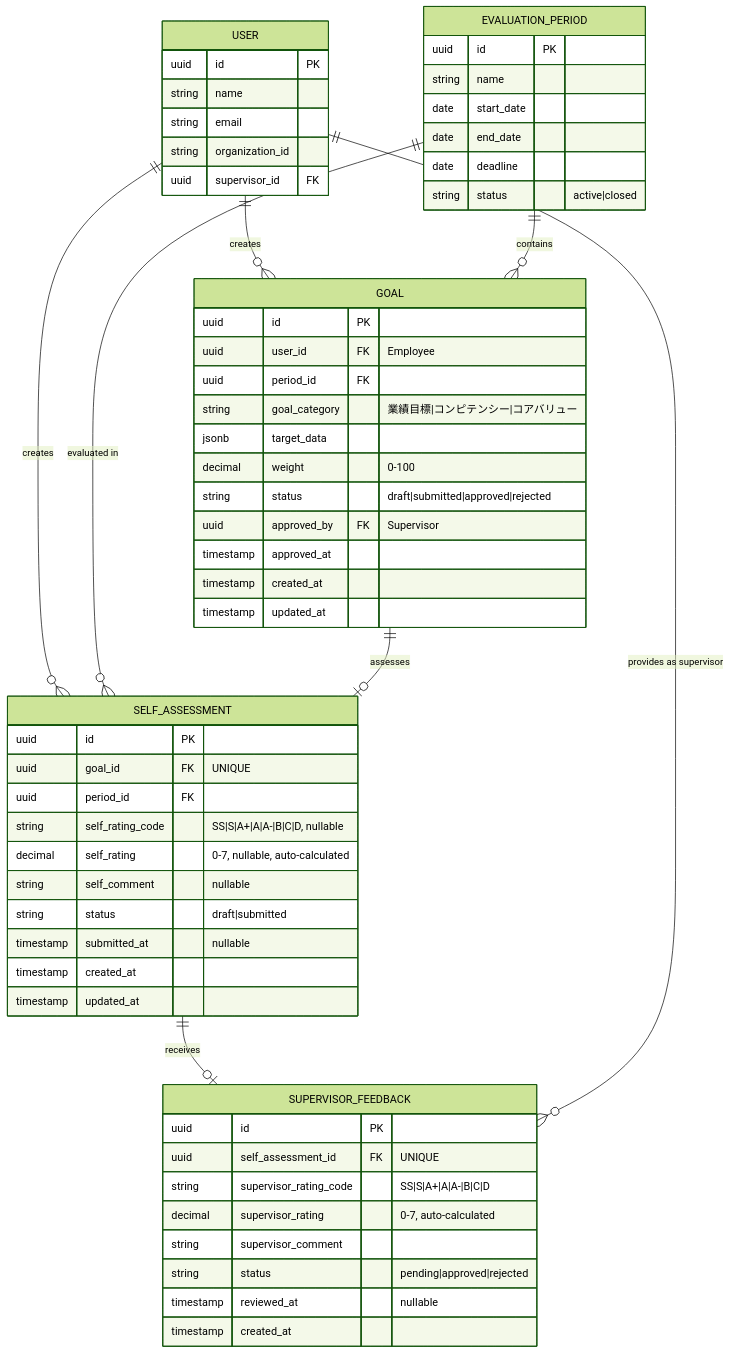
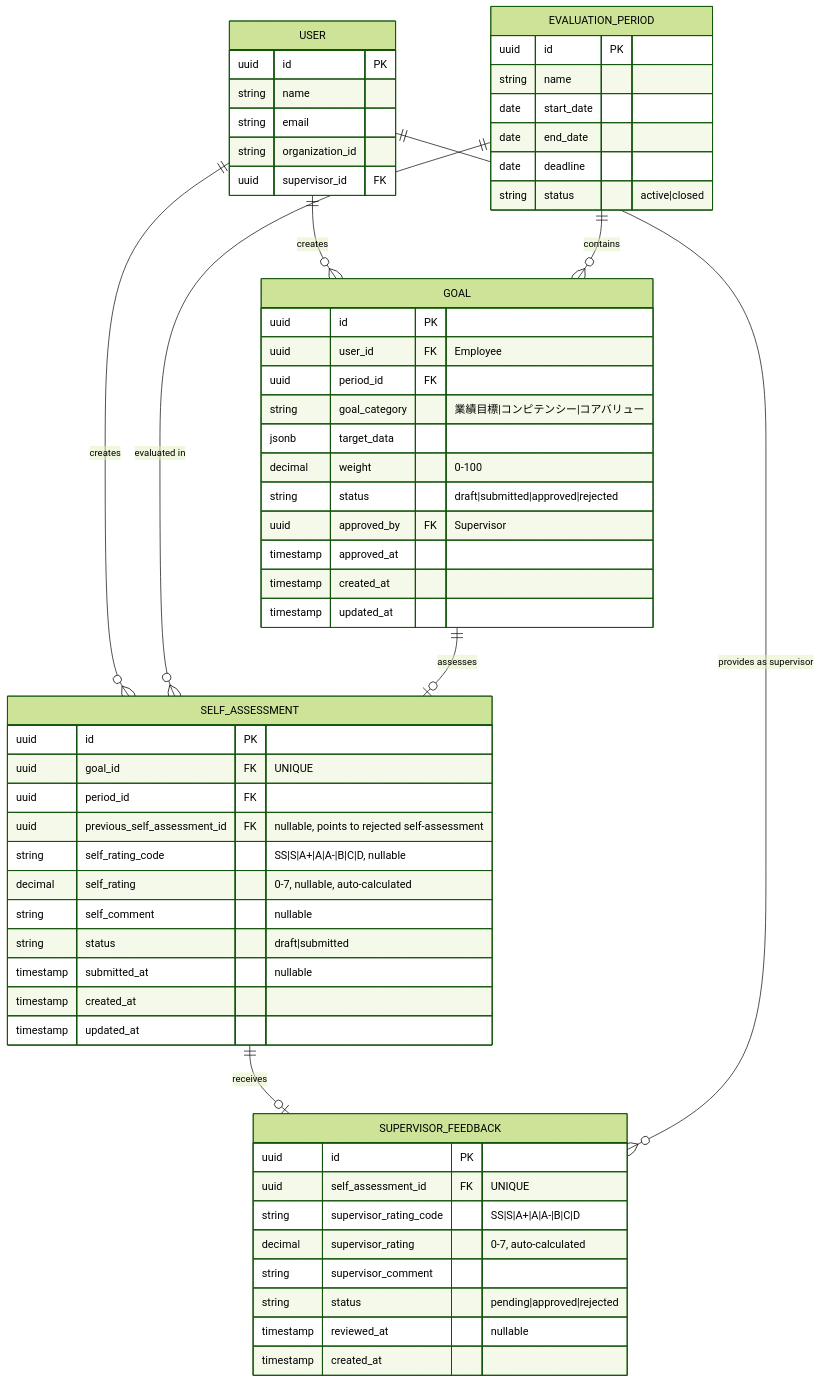
Before and after one commit to shintairiku/evaluation-system: the first of 3 diagrams in .kiro/specs/self-assessment/domain-model.md, drawn with Mermaid (forest theme). The commit also changed other lines of this file, not shown here.

Commit message:
docs(self-assessment): update domain model documentation

````diff
--- a/.kiro/specs/self-assessment/domain-model.md
+++ b/.kiro/specs/self-assessment/domain-model.md
@@ -167,65 +181,66 @@
 ```mermaid
 erDiagram
     USER ||--o{ GOAL : "creates"
     USER ||--o{ SELF_ASSESSMENT : "creates"
     EVALUATION_PERIOD ||--o{ GOAL : "contains"
     EVALUATION_PERIOD ||--o{ SELF_ASSESSMENT : "evaluated in"
     GOAL ||--o| SELF_ASSESSMENT : "assesses"
     SELF_ASSESSMENT ||--o| SUPERVISOR_FEEDBACK : "receives"
     USER ||--o{ SUPERVISOR_FEEDBACK : "provides as supervisor"
 
     USER {
         uuid id PK
         string name
         string email
         string organization_id
         uuid supervisor_id FK
     }
 
     GOAL {
         uuid id PK
         uuid user_id FK "Employee"
         uuid period_id FK
         string goal_category "業績目標|コンピテンシー|コアバリュー"
         jsonb target_data
         decimal weight "0-100"
         string status "draft|submitted|approved|rejected"
         uuid approved_by FK "Supervisor"
         timestamp approved_at
         timestamp created_at
         timestamp updated_at
     }
 
     EVALUATION_PERIOD {
         uuid id PK
         string name
         date start_date
         date end_date
         date deadline
         string status "active|closed"
     }
 
     SELF_ASSESSMENT {
         uuid id PK
         uuid goal_id FK "UNIQUE"
         uuid period_id FK
+        uuid previous_self_assessment_id FK "nullable, points to rejected self-assessment"
         string self_rating_code "SS|S|A+|A|A-|B|C|D, nullable"
         decimal self_rating "0-7, nullable, auto-calculated"
         string self_comment "nullable"
         string status "draft|submitted"
         timestamp submitted_at "nullable"
         timestamp created_at
         timestamp updated_at
     }
 
     SUPERVISOR_FEEDBACK {
         uuid id PK
         uuid self_assessment_id FK "UNIQUE"
         string supervisor_rating_code "SS|S|A+|A|A-|B|C|D"
         decimal supervisor_rating "0-7, auto-calculated"
         string supervisor_comment
         string status "pending|approved|rejected"
         timestamp reviewed_at "nullable"
         timestamp created_at
     }
 ```
````
